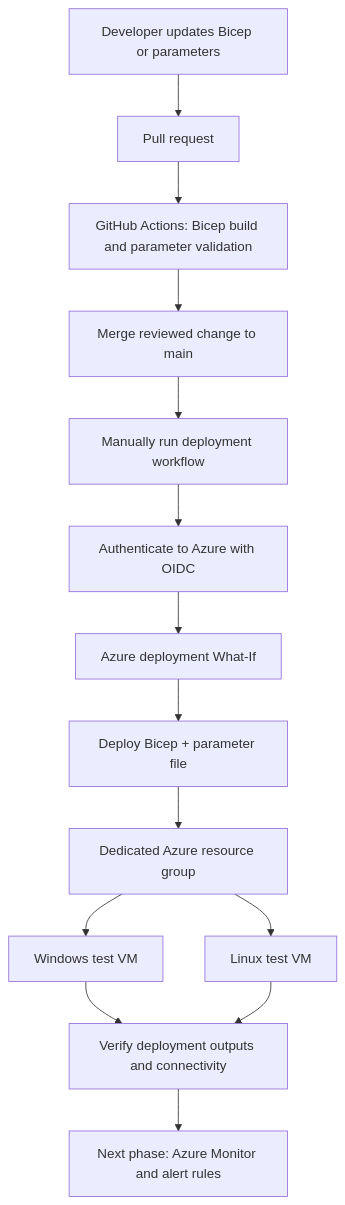
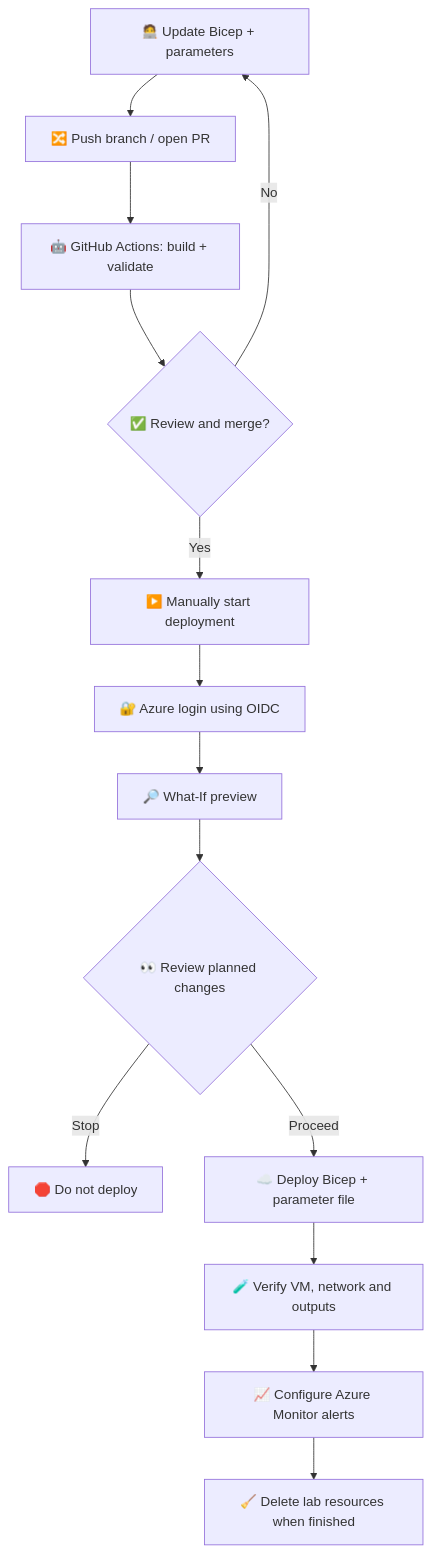
Before and after one commit to OLYMPUSPRIME/GPT-BIFROST: the first of 2 diagrams in README.md, drawn with Mermaid. The commit also changed other lines of this file, not shown here.

Commit message:
docs: add architecture image and emoji-rich demo workflow

````diff
--- a/README.md
+++ b/README.md
@@ -11,24 +27,16 @@
 ```mermaid
 flowchart TD
-    DEV["Developer updates Bicep or parameters"]
-    PR["Pull request"]
-    VALIDATE["GitHub Actions: Bicep build and parameter validation"]
-    MAIN["Merge reviewed change to main"]
-    RUN["Manually run deployment workflow"]
-    AUTH["Authenticate to Azure with OIDC"]
-    WHATIF["Azure deployment What-If"]
-    DEPLOY["Deploy Bicep + parameter file"]
-    RES["Dedicated Azure resource group"]
-    WIN["Windows test VM"]
-    LIN["Linux test VM"]
-    VERIFY["Verify deployment outputs and connectivity"]
-    NEXT["Next phase: Azure Monitor and alert rules"]
-
-    DEV --> PR --> VALIDATE --> MAIN --> RUN
-    RUN --> AUTH --> WHATIF --> DEPLOY --> RES
-    RES --> WIN
-    RES --> LIN
-    WIN --> VERIFY
-    LIN --> VERIFY
-    VERIFY --> NEXT
+    A["🧑‍💻 Update Bicep + parameters"] --> B["🔀 Push branch / open PR"]
+    B --> C["🤖 GitHub Actions: build + validate"]
+    C --> D{"✅ Review and merge?"}
+    D -- "No" --> A
+    D -- "Yes" --> E["▶️ Manually start deployment"]
+    E --> F["🔐 Azure login using OIDC"]
+    F --> G["🔎 What-If preview"]
+    G --> H{"👀 Review planned changes"}
+    H -- "Stop" --> I["🛑 Do not deploy"]
+    H -- "Proceed" --> J["☁️ Deploy Bicep + parameter file"]
+    J --> K["🧪 Verify VM, network and outputs"]
+    K --> L["📈 Configure Azure Monitor alerts"]
+    L --> M["🧹 Delete lab resources when finished"]
 ```
````
